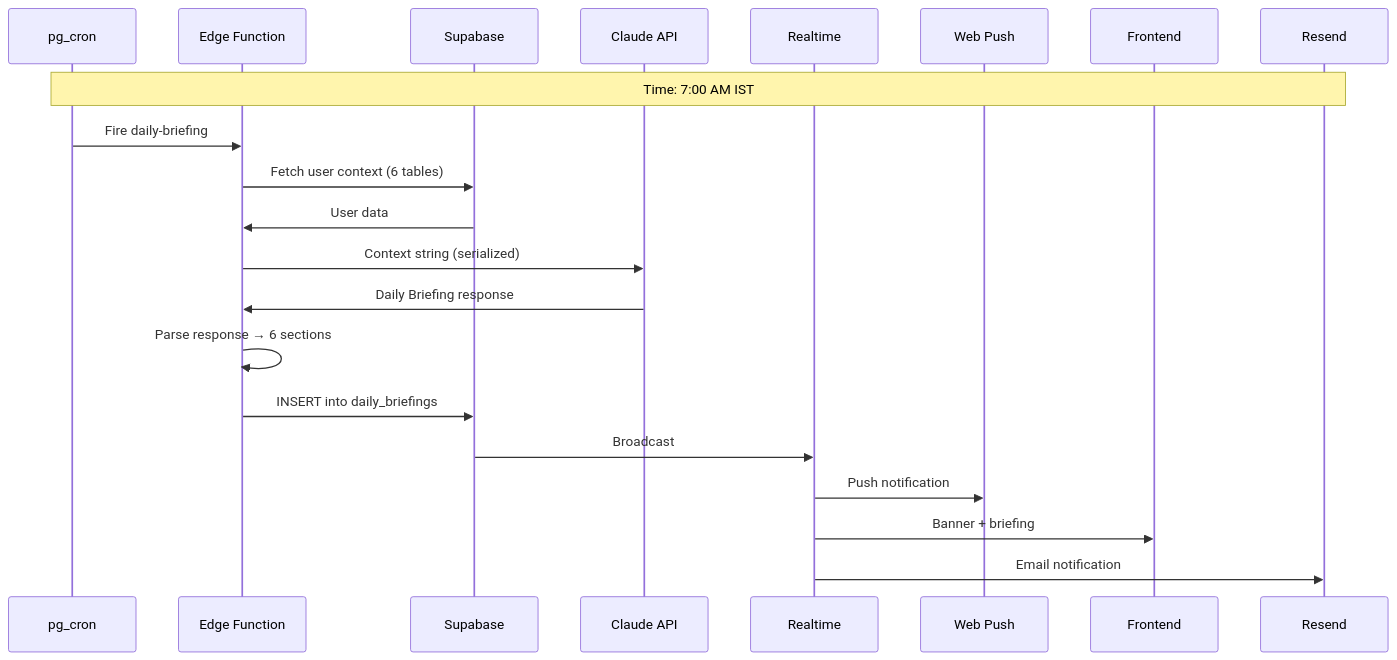
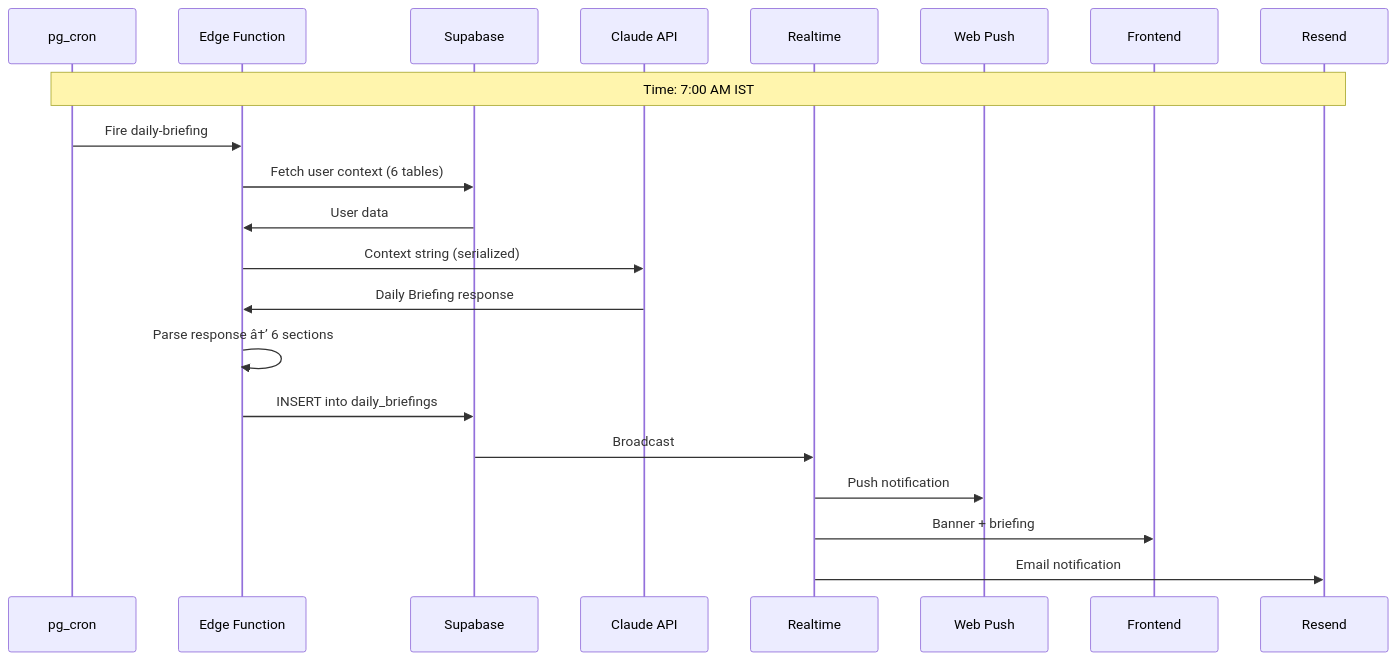
The third of 5 diagrams in docs/engineering/18_Events.md (rohitkumarnaidu/ARIA-OS---SecondBrain-), drawn with Mermaid before and after one commit. The commit also changed other lines of this file and 9 other files, not shown here.

````diff
--- a/docs/engineering/18_Events.md
+++ b/docs/engineering/18_Events.md
@@ -786,24 +786,24 @@
 ```mermaid
 sequenceDiagram
     participant Cron as pg_cron
     participant EF as Edge Function
     participant DB as Supabase
     participant Claude as Claude API
     participant RT as Realtime
     participant Push as Web Push
     participant FE as Frontend
     participant Email as Resend
 
     Note over Cron,Email: Time: 7:00 AM IST
     Cron->>EF: Fire daily-briefing
     EF->>DB: Fetch user context (6 tables)
     DB->>EF: User data
     EF->>Claude: Context string (serialized)
     Claude->>EF: Daily Briefing response
-    EF->>EF: Parse response → 6 sections
+    EF->>EF: Parse response â†’ 6 sections
     EF->>DB: INSERT into daily_briefings
     DB->>RT: Broadcast
     RT->>Push: Push notification
     RT->>FE: Banner + briefing
     RT->>Email: Email notification
 ```
````
